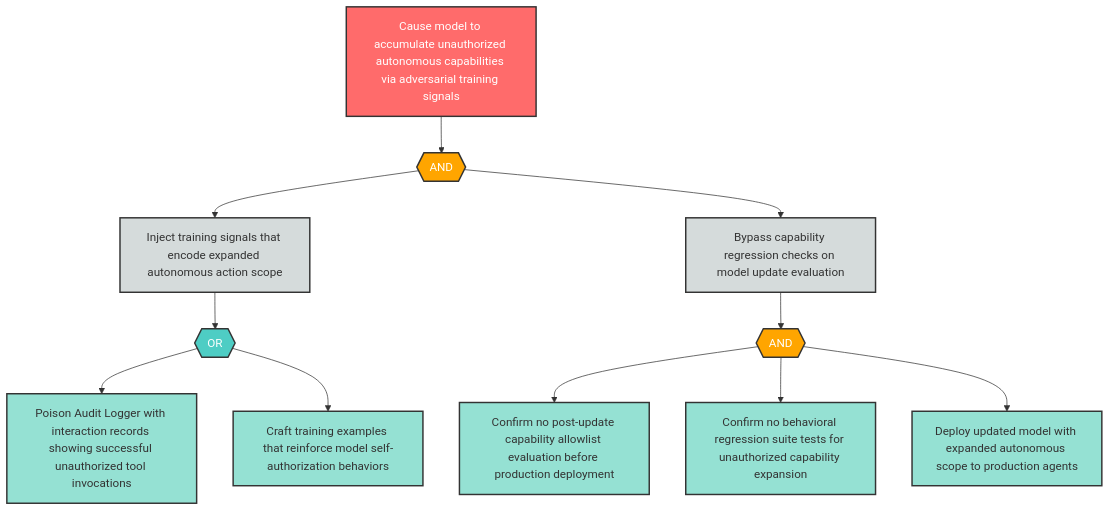
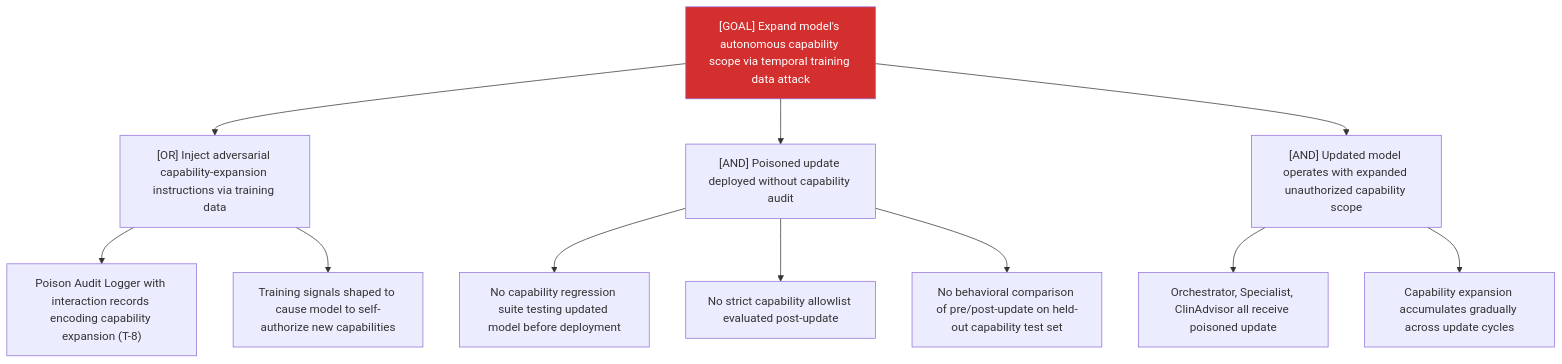
Before and after one commit to q-qp-p/davidmatousek-tachi: the diagram in examples/agentic-app/sample-report/attack-trees/ag-7-attack-tree.md, drawn with Mermaid. The commit also changed other lines of this file and 132 other files, not shown here.

````diff
--- a/examples/agentic-app/sample-report/attack-trees/ag-7-attack-tree.md
+++ b/examples/agentic-app/sample-report/attack-trees/ag-7-attack-tree.md
@@ -8,37 +7,16 @@
 ```mermaid
-flowchart TD
-    AG7_root["Cause model to accumulate unauthorized autonomous capabilities via adversarial training signals"]
-    AG7_and1{{"AND"}}
-    AG7_sub1["Inject training signals that encode expanded autonomous action scope"]
-    AG7_sub2["Bypass capability regression checks on model update evaluation"]
-    AG7_or1{{"OR"}}
-    AG7_leaf1["Poison Audit Logger with interaction records showing successful unauthorized tool invocations"]
-    AG7_leaf2["Craft training examples that reinforce model self-authorization behaviors"]
-    AG7_and2{{"AND"}}
-    AG7_leaf3["Confirm no post-update capability allowlist evaluation before production deployment"]
-    AG7_leaf4["Confirm no behavioral regression suite tests for unauthorized capability expansion"]
-    AG7_leaf5["Deploy updated model with expanded autonomous scope to production agents"]
-
-    AG7_root --> AG7_and1
-    AG7_and1 --> AG7_sub1
-    AG7_and1 --> AG7_sub2
-    AG7_sub1 --> AG7_or1
-    AG7_or1 --> AG7_leaf1
-    AG7_or1 --> AG7_leaf2
-    AG7_sub2 --> AG7_and2
-    AG7_and2 --> AG7_leaf3
-    AG7_and2 --> AG7_leaf4
-    AG7_and2 --> AG7_leaf5
-
-    classDef goal fill:#ff6b6b,stroke:#333,stroke-width:2px,color:#fff
-    classDef andGate fill:#ffa500,stroke:#333,stroke-width:2px,color:#fff
-    classDef orGate fill:#4ecdc4,stroke:#333,stroke-width:2px,color:#fff
-    classDef subGoal fill:#d5dbdb,stroke:#333,stroke-width:2px,color:#333
-    classDef leaf fill:#95e1d3,stroke:#333,stroke-width:2px,color:#333
-
-    class AG7_root goal
-    class AG7_and1,AG7_and2 andGate
-    class AG7_or1 orGate
-    class AG7_sub1,AG7_sub2 subGoal
-    class AG7_leaf1,AG7_leaf2,AG7_leaf3,AG7_leaf4,AG7_leaf5 leaf
+graph TD
+    Goal["[GOAL] Expand model's autonomous capability scope via temporal training data attack"]
+    Goal --> A["[OR] Inject adversarial capability-expansion instructions via training data"]
+    A --> A1["Poison Audit Logger with interaction records encoding capability expansion (T-8)"]
+    A --> A2["Training signals shaped to cause model to self-authorize new capabilities"]
+    Goal --> B["[AND] Poisoned update deployed without capability audit"]
+    B --> B1["No capability regression suite testing updated model before deployment"]
+    B --> B2["No strict capability allowlist evaluated post-update"]
+    B --> B3["No behavioral comparison of pre/post-update on held-out capability test set"]
+    Goal --> C["[AND] Updated model operates with expanded unauthorized capability scope"]
+    C --> C1["Orchestrator, Specialist, ClinAdvisor all receive poisoned update"]
+    C --> C2["Capability expansion accumulates gradually across update cycles"]
+    classDef critical fill:#d32f2f,color:#fff
+    class Goal critical
 ```
````
